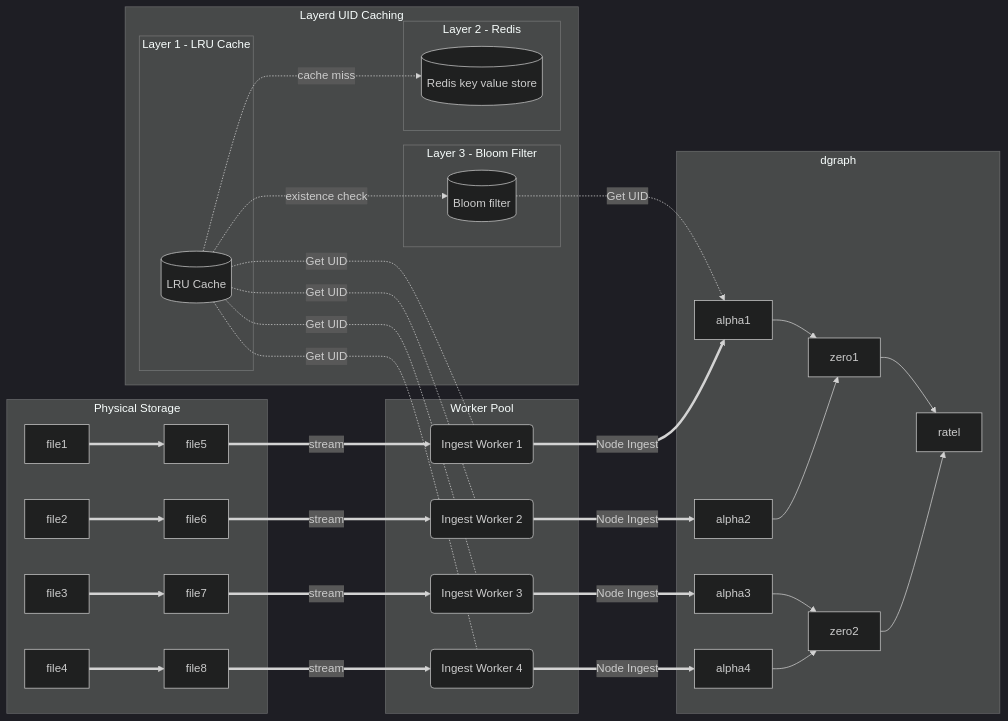
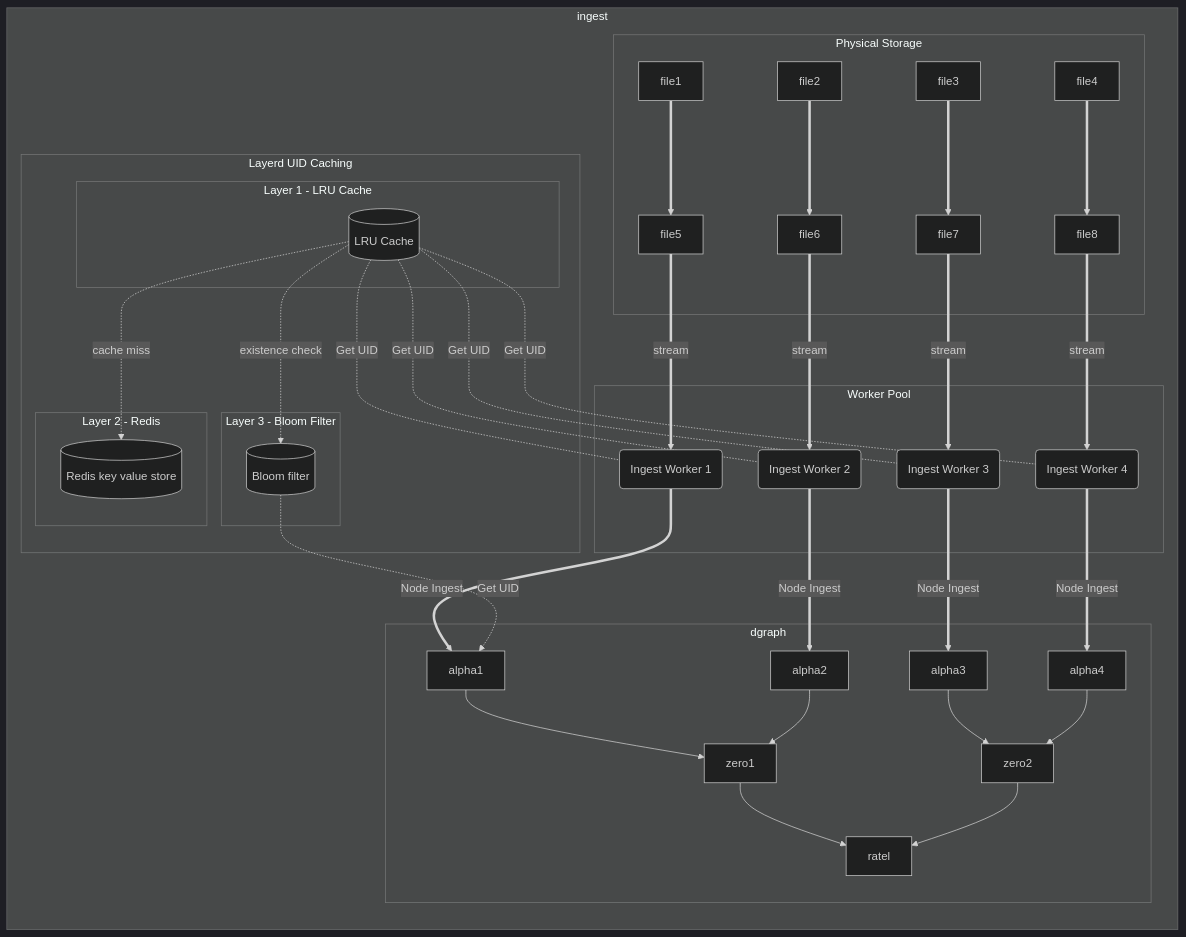
One commit to wabscale/mmds-project-2020 changed the diagram in mermaid/ingest.mmd. Above: the diagram before and after it, drawn with Mermaid (dark theme). The commit also changed 15 other files, not shown here.

```diff
--- a/mermaid/ingest.mmd
+++ b/mermaid/ingest.mmd
@@ -1,48 +1,50 @@
 graph LR
+  subgraph ingest[ingest]
   subgraph Physical Storage
   f1[file1] ==> f5[file5]
   f2[file2] ==> f6[file6]
   f3[file3] ==> f7[file7]
   f4[file4] ==> f8[file8]
   end
 
   subgraph Layerd UID Caching
 
   subgraph Layer 2 - Redis
   redis[(Redis key value store)]
   end
 
   subgraph Layer 3 - Bloom Filter
   bloom[(Bloom filter)]
   end
 
   subgraph Layer 1 - LRU Cache
   lru[(LRU Cache)]
   lru -.-> |cache miss| redis
   lru -.-> |existence check| bloom
   end
 
   end
 
   subgraph Worker Pool
   f5 ==>|stream| w1(Ingest  Worker 1)
   f6 ==>|stream| w2(Ingest  Worker 2)
   f7 ==>|stream| w3(Ingest  Worker 3)
   f8 ==>|stream| w4(Ingest  Worker 4)
   lru <-.- |Get UID| w1 & w2 & w3 & w4
   end
 
 
   subgraph dgraph[dgraph]
   w1 ==> |Node Ingest| a1
   w2 ==> |Node Ingest| a2
   w3 ==> |Node Ingest| a3
   w4 ==> |Node Ingest| a4
 
   z1[zero1] & z2[zero2] --> ratel
   a1[alpha1] --> z1
   a2[alpha2] --> z1
   a3[alpha3] --> z2
   a4[alpha4] --> z2
   bloom -.-> |Get UID| a1
   end
+  end
```
